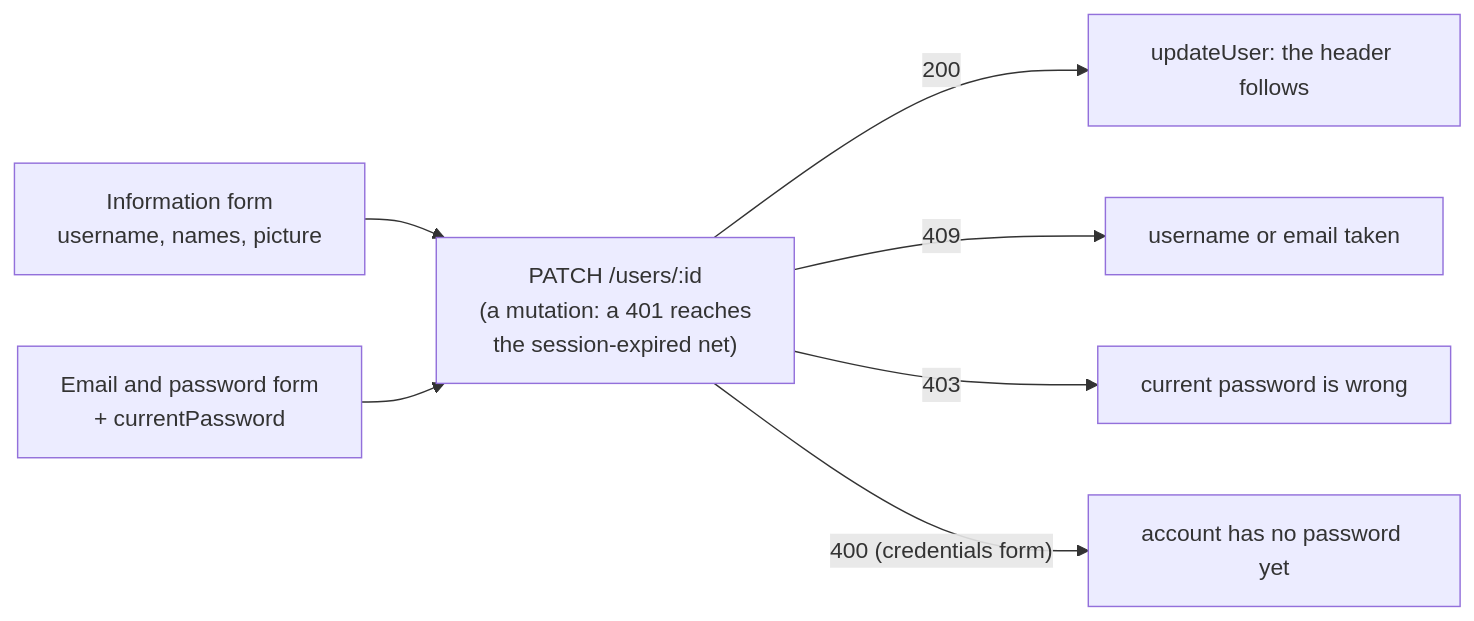
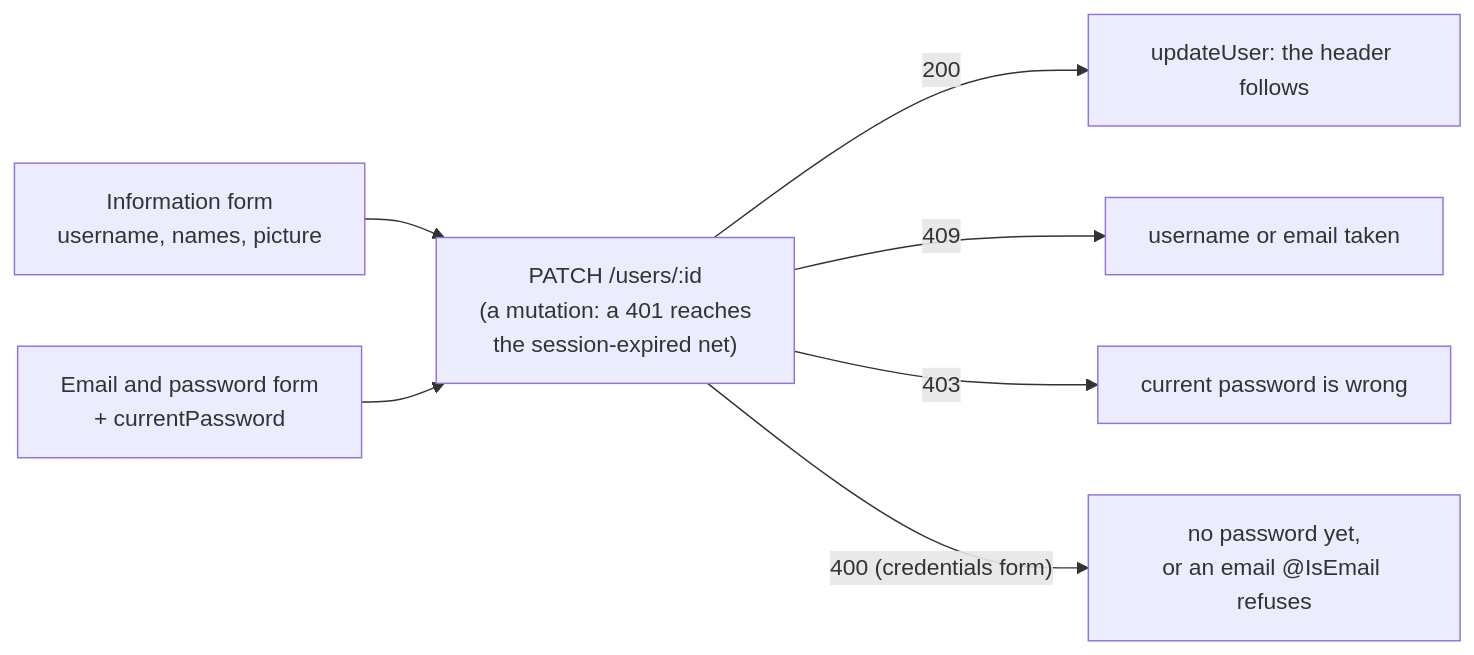
Before and after one commit to kidp8479/42_hypertube: diagram 11 of 12 in docs/diagrams/auth.md, drawn with Mermaid. The commit also changed 7 other files, not shown here.

First line of the commit message:
fix(HYP-87): a 400 on the email and password form no longer claims a missing password

````diff
--- a/docs/diagrams/auth.md
+++ b/docs/diagrams/auth.md
@@ -314,9 +314,9 @@
 ```mermaid
 flowchart LR
     I["Information form<br/>username, names, picture"] --> PATCH["PATCH /users/:id<br/>(a mutation: a 401 reaches<br/>the session-expired net)"]
     C["Email and password form<br/>+ currentPassword"] --> PATCH
     PATCH -- "200" --> U["updateUser: the header follows"]
     PATCH -- "409" --> T["username or email taken"]
     PATCH -- "403" --> W["current password is wrong"]
-    PATCH -- "400 (credentials form)" --> N["account has no password yet"]
+    PATCH -- "400 (credentials form)" --> N["no password yet,<br/>or an email @IsEmail refuses"]
 ```
````
